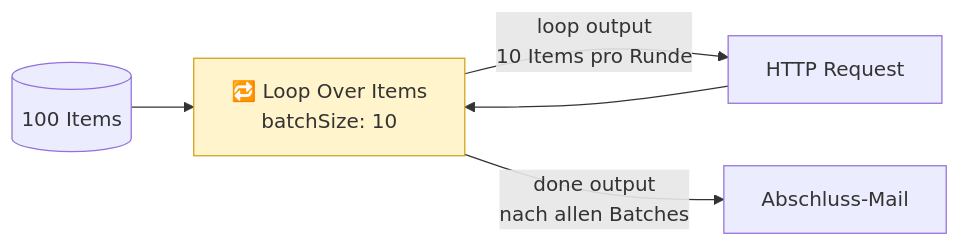
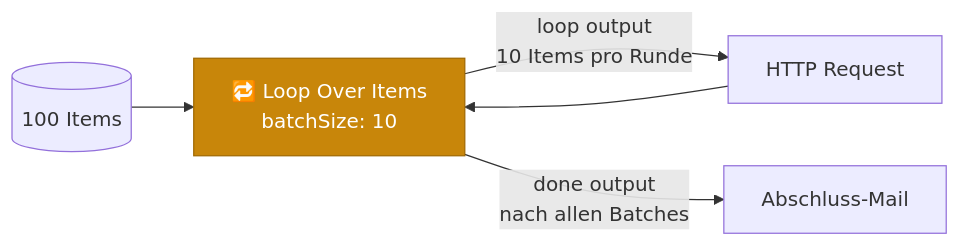
One commit to ericleddin/m4-n8n-demos changed diagram 13 of 15 in docs/n8n_learning/n8n_Datenfluss_Kompendium_v2.md. Above: the diagram before and after it, drawn with Mermaid. The commit also changed other lines of this file and 4 other files, not shown here.

Commit message:
Add AI agent, LLM, and n8n developer guides; standardize Mermaid colors

````diff
--- a/docs/n8n_learning/n8n_Datenfluss_Kompendium_v2.md
+++ b/docs/n8n_learning/n8n_Datenfluss_Kompendium_v2.md
@@ -326,9 +326,9 @@
 ```mermaid
 flowchart LR
     In[("100 Items")] --> L["🔁 Loop Over Items<br/>batchSize: 10"]
     L -- "loop output<br/>10 Items pro Runde" --> API[HTTP Request]
     API --> L
     L -- "done output<br/>nach allen Batches" --> Done[Abschluss-Mail]
 
-    style L fill:#fff4cc,stroke:#d4a017
+    style L fill:#c8860a,stroke:#a06800,color:#fff
 ```
````
